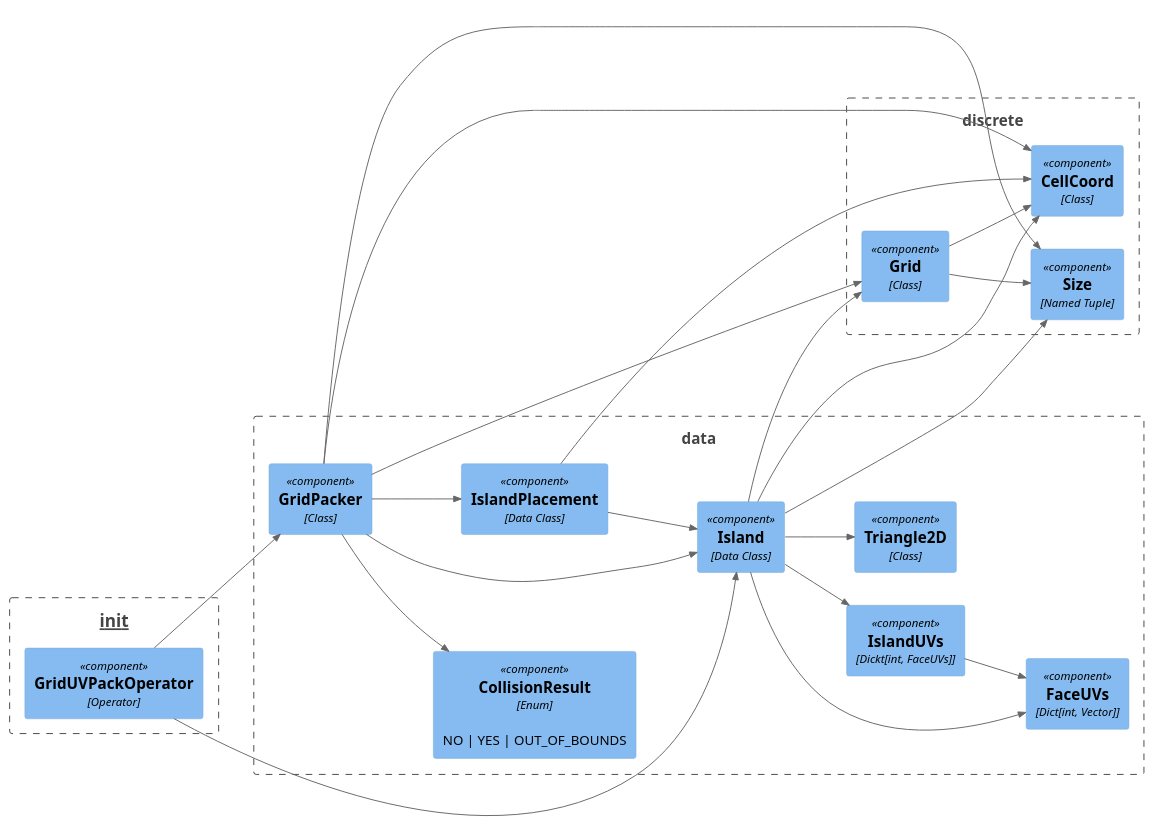
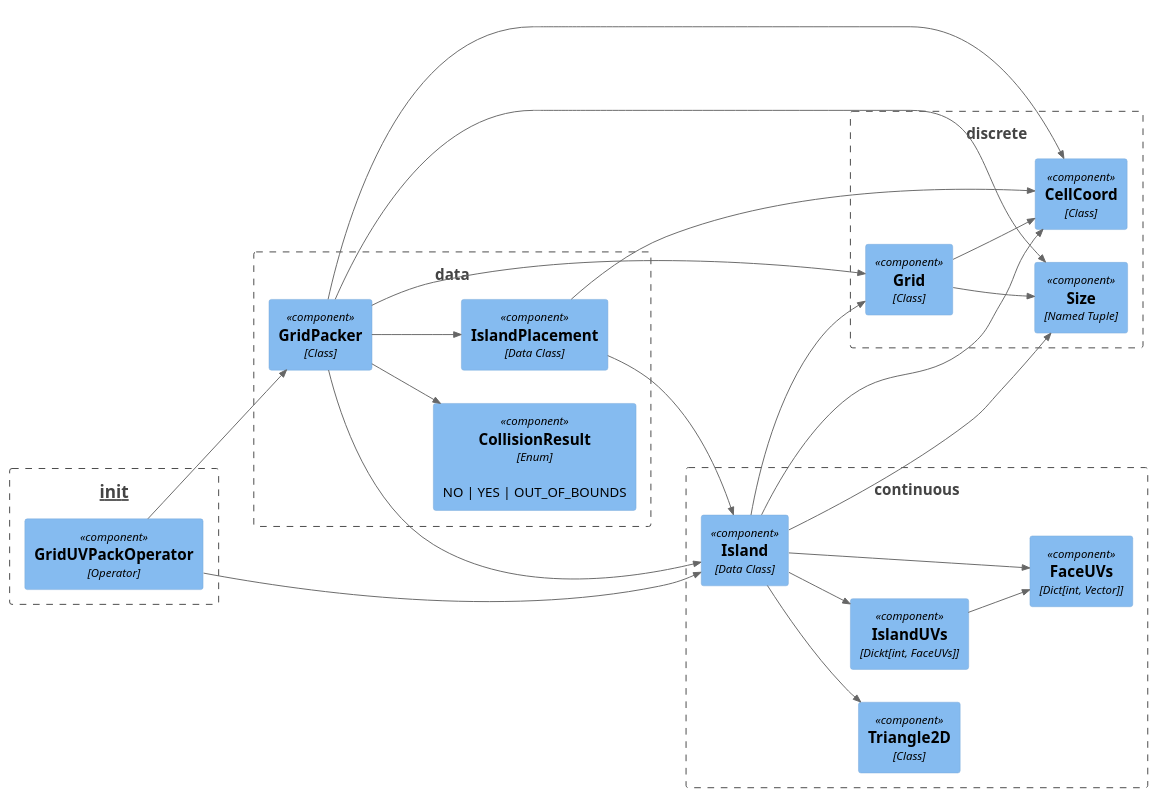
Before and after one commit to muhuk/grid-uv-packer: the diagram in doc/arch/Component_Diagram.plantuml, drawn with PlantUML. The commit also changed 3 other files, not shown here.

Commit message:
Move continuous domain classes into separate module.

```diff
--- a/doc/arch/Component_Diagram.plantuml
+++ b/doc/arch/Component_Diagram.plantuml
@@ -1,52 +1,54 @@
 @startuml Component_Diagram
 !include ../c4/C4_Component.puml
 LAYOUT_LEFT_RIGHT()
 
 Boundary(moduleInit, "__init__") {
   Component(gridUvPackOperator, "GridUVPackOperator", "Operator")
 }
 
-Boundary(moduleData, "data") {
-  Component(collisionResult, "CollisionResult", "Enum", "NO | YES | OUT_OF_BOUNDS")
+Boundary(moduleContinuous, "continuous") {
   Component(faceUvs, "FaceUVs", "Dict[int, Vector]")
   Component(islandUvs, "IslandUVs", "Dickt[int, FaceUVs]")
-  Component(gridPacker, "GridPacker", "Class")
   Component(island, "Island", "Data Class")
-  Component(islandPlacement, "IslandPlacement", "Data Class")
   Component(triangle2d, "Triangle2D", "Class")
-
-  Rel(islandUvs, faceUvs, " ")
-
-  Rel(gridPacker, collisionResult, " ")
-  Rel(gridPacker, island, " ")
-  Rel(gridPacker, islandPlacement, " ")
 
   Rel(island, faceUvs, " ")
   Rel(island, islandUvs, " ")
   Rel(island, triangle2d, " ")
 
-  Rel(islandPlacement, island, " ")
+  Rel(islandUvs, faceUvs, " ")
+}
+
+Boundary(moduleData, "data") {
+  Component(collisionResult, "CollisionResult", "Enum", "NO | YES | OUT_OF_BOUNDS")
+  Component(gridPacker, "GridPacker", "Class")
+  Component(islandPlacement, "IslandPlacement", "Data Class")
+
+  Rel(gridPacker, collisionResult, " ")
+  Rel(gridPacker, islandPlacement, " ")
 }
 
 Boundary(moduleDiscrete, "discrete") {
   Component(cellCoord, "CellCoord", "Class")
   Component(grid, "Grid", "Class")
   Component(size, "Size", "Named Tuple")
 
   Rel(grid, cellCoord, " ")
   Rel(grid, size, " ")
 }
 
 Rel(gridUvPackOperator, gridPacker, " ")
 Rel(gridUvPackOperator, island, " ")
 
 Rel(gridPacker, cellCoord, " ")
 Rel(gridPacker, grid, " ")
+Rel(gridPacker, island, " ")
 Rel(gridPacker, size, " ")
 
 Rel(island, cellCoord, " ")
 Rel(island, grid, " ")
 Rel(island, size, " ")
 
+Rel(islandPlacement, island, " ")
 Rel(islandPlacement, cellCoord, " ")
 @enduml
```
